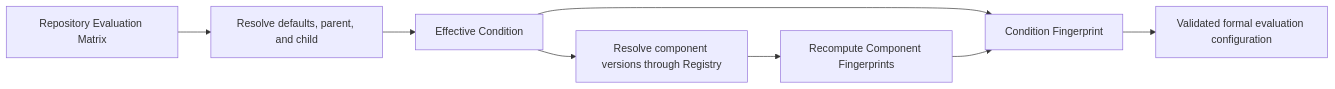
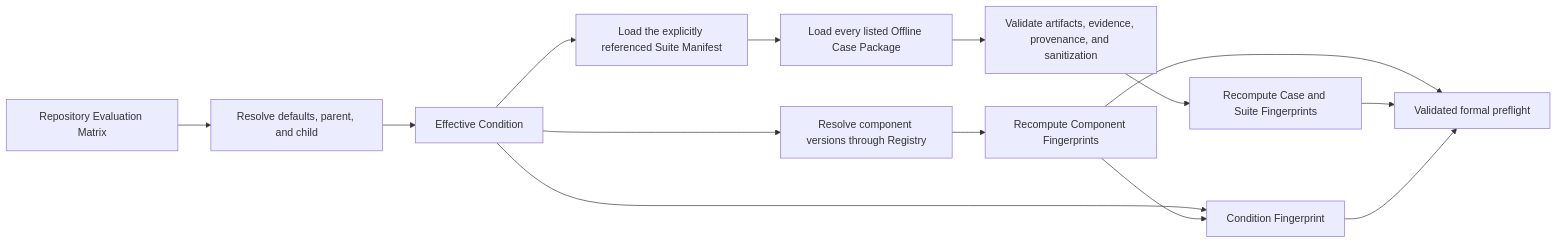
Before and after one commit to ultrabababa/dev-agentops-platform: the diagram in docs/evaluation/evaluation-matrix-and-component-registry.md, drawn with Mermaid. The commit also changed other lines of this file and 12 other files, not shown here.

Commit message:
feat: validate offline evaluation suites

````diff
--- a/docs/evaluation/evaluation-matrix-and-component-registry.md
+++ b/docs/evaluation/evaluation-matrix-and-component-registry.md
@@ -19,10 +22,16 @@
 ```mermaid
 flowchart LR
     A["Repository Evaluation Matrix"] --> B["Resolve defaults, parent, and child"]
     B --> C["Effective Condition"]
     C --> D["Resolve component versions through Registry"]
     D --> E["Recompute Component Fingerprints"]
-    C --> F["Condition Fingerprint"]
-    E --> F
-    F --> G["Validated formal evaluation configuration"]
+    C --> F["Load the explicitly referenced Suite Manifest"]
+    F --> G["Load every listed Offline Case Package"]
+    G --> H["Validate artifacts, evidence, provenance, and sanitization"]
+    H --> I["Recompute Case and Suite Fingerprints"]
+    C --> J["Condition Fingerprint"]
+    E --> J
+    E --> K["Validated formal preflight"]
+    I --> K
+    J --> K
 ```
````
